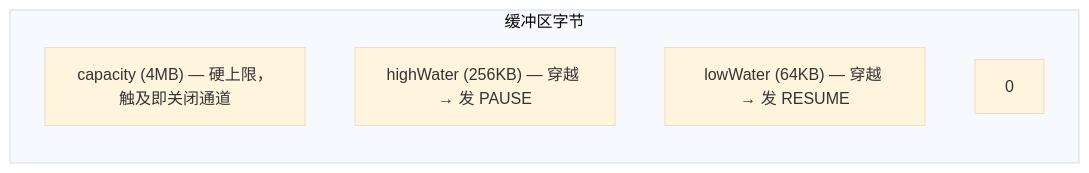
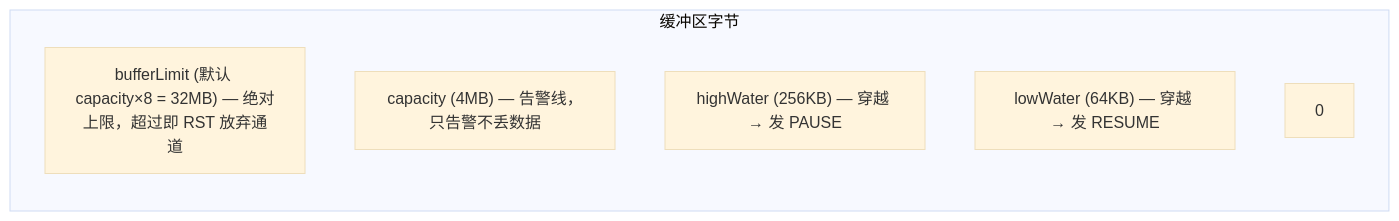
The fifth of 13 diagrams in doc/MUX.md (iamlinhui/rpt), drawn with Mermaid (base theme) before and after one commit. The commit also changed other lines of this file and 29 other files, not shown here.

````diff
--- a/doc/MUX.md
+++ b/doc/MUX.md
@@ -138,10 +138,11 @@
 ```mermaid
 graph LR
     subgraph "缓冲区字节"
         direction TB
-        CAP["capacity (4MB) — 硬上限，触及即关闭通道"]
+        LIMIT["bufferLimit (默认 capacity×8 = 32MB) — 绝对上限，超过即 RST 放弃通道"]
+        CAP["capacity (4MB) — 告警线，只告警不丢数据"]
         HW["highWater (256KB) — 穿越 → 发 PAUSE"]
         LW["lowWater (64KB) — 穿越 → 发 RESUME"]
         ZERO["0"]
     end
 ```
````
